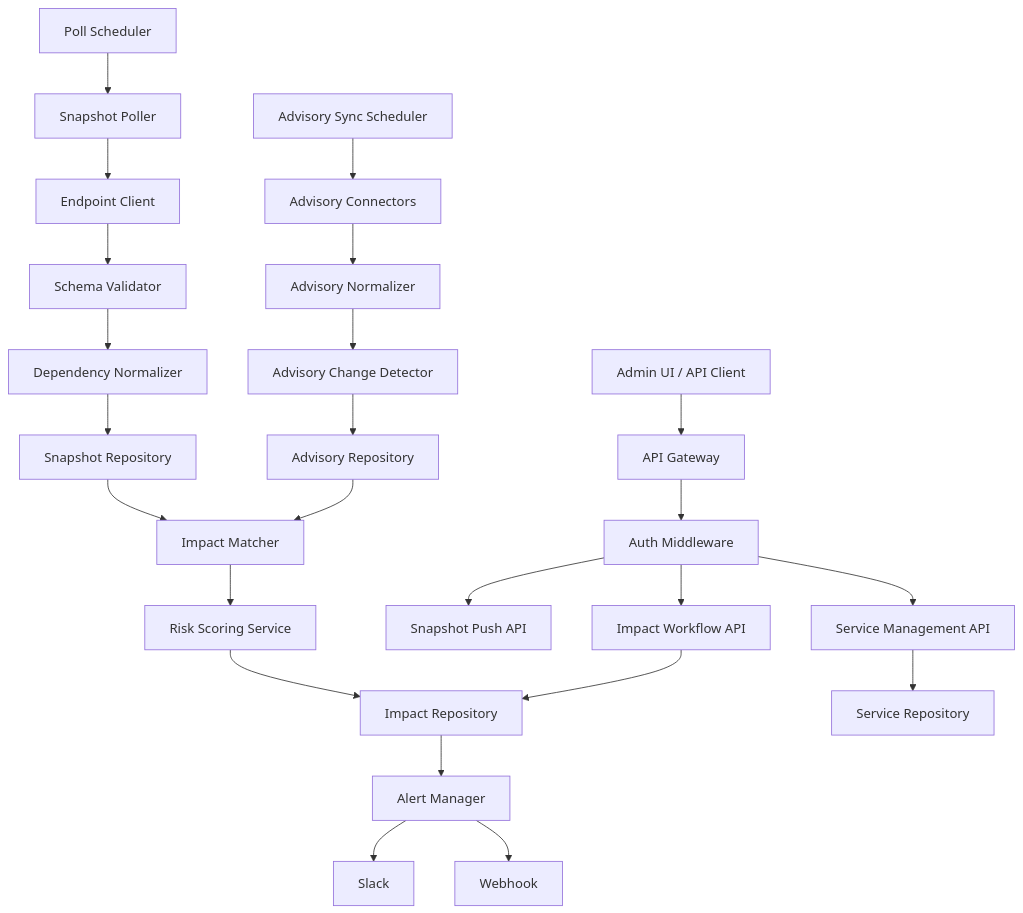
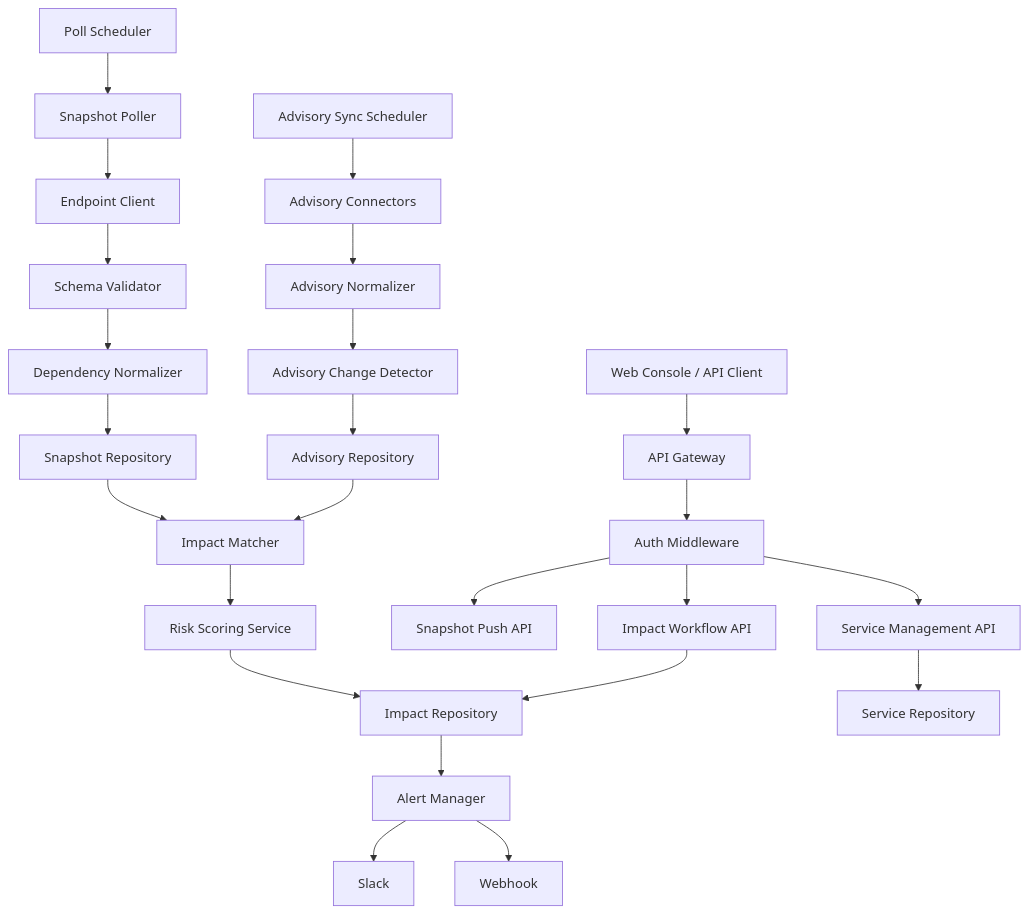
Before and after one commit to hkjeon13/sca-monitor: the second of 9 diagrams in docs/software-design-specification.md, drawn with Mermaid. The commit also changed other lines of this file and 32 other files, not shown here.

````diff
--- a/docs/software-design-specification.md
+++ b/docs/software-design-specification.md
@@ -497,29 +529,29 @@
 ```mermaid
 flowchart TB
-    UI["Admin UI / API Client"] --> APIGW["API Gateway"]
+    UI["Web Console / API Client"] --> APIGW["API Gateway"]
     APIGW --> AUTH["Auth Middleware"]
     AUTH --> SVCAPI["Service Management API"]
     AUTH --> PUSHAPI["Snapshot Push API"]
     AUTH --> IMPAPI["Impact Workflow API"]
 
     POLLSCH["Poll Scheduler"] --> POLLER["Snapshot Poller"]
     POLLER --> ENDCLIENT["Endpoint Client"]
     ENDCLIENT --> VALIDATOR["Schema Validator"]
     VALIDATOR --> NORMALIZER["Dependency Normalizer"]
 
     ADVJOB["Advisory Sync Scheduler"] --> CONNECTORS["Advisory Connectors"]
     CONNECTORS --> ADVNORM["Advisory Normalizer"]
     ADVNORM --> CHG["Advisory Change Detector"]
 
     NORMALIZER --> SNAPREPO["Snapshot Repository"]
     CHG --> ADVREPO["Advisory Repository"]
     SNAPREPO --> MATCHER["Impact Matcher"]
     ADVREPO --> MATCHER
     MATCHER --> RISK["Risk Scoring Service"]
     RISK --> IMPREPO["Impact Repository"]
     IMPREPO --> ALERT["Alert Manager"]
     ALERT --> SLACK["Slack"]
     ALERT --> WEBHOOK["Webhook"]
     IMPAPI --> IMPREPO
     SVCAPI --> SVCREPO["Service Repository"]
 ```
````
